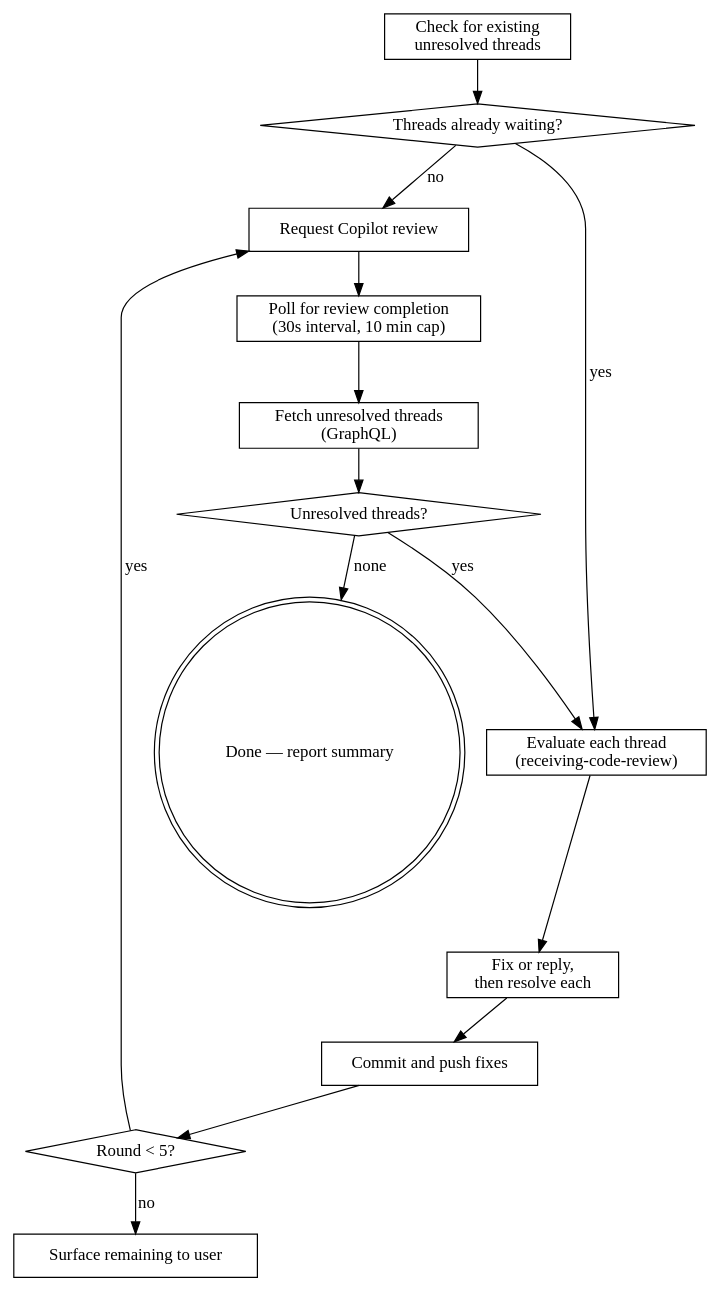
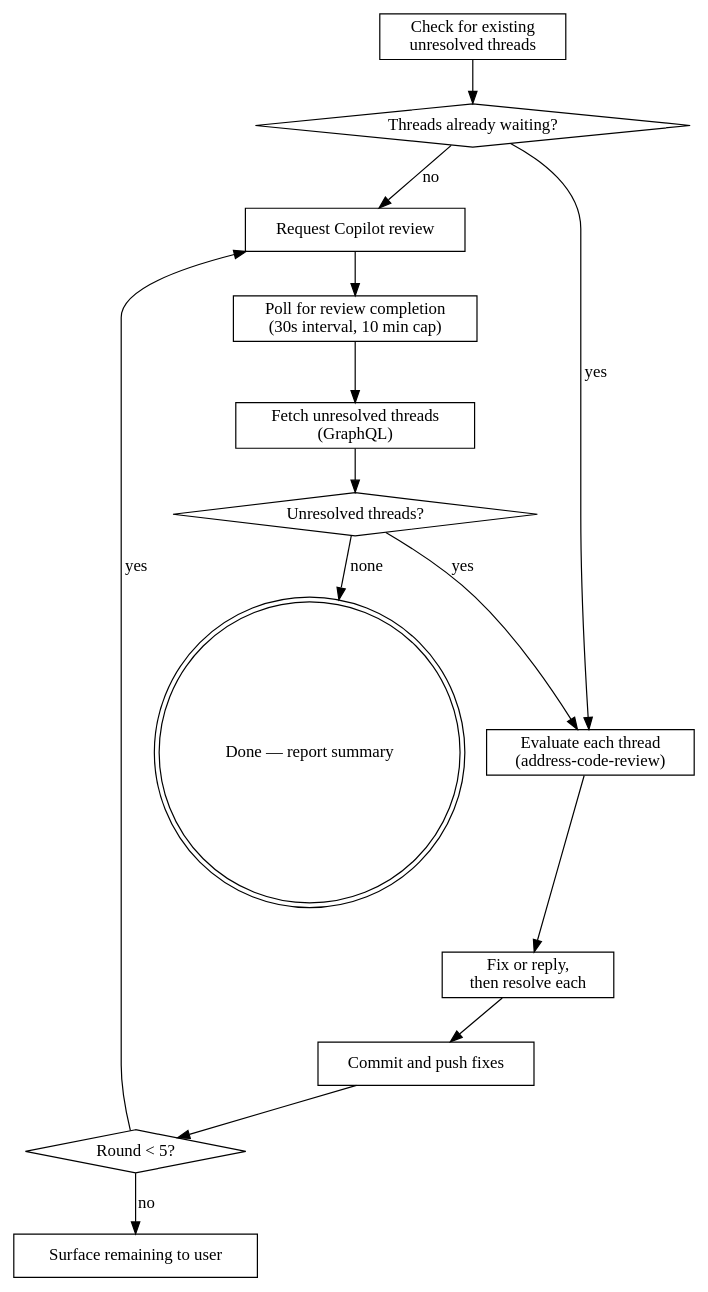
The diagram in .claude/skills/automating-copilot-reviews/SKILL.md (indexnetwork/index), drawn with Graphviz before and after one commit. The commit also changed other lines of this file and 58 other files, not shown here.

````diff
--- a/.claude/skills/automating-copilot-reviews/SKILL.md
+++ b/.claude/skills/automating-copilot-reviews/SKILL.md
@@ -14,30 +14,30 @@
 ```dot
 digraph copilot_loop {
     "Check for existing\nunresolved threads" [shape=box];
     "Threads already waiting?" [shape=diamond];
     "Request Copilot review" [shape=box];
     "Poll for review completion\n(30s interval, 10 min cap)" [shape=box];
     "Fetch unresolved threads\n(GraphQL)" [shape=box];
     "Unresolved threads?" [shape=diamond];
-    "Evaluate each thread\n(receiving-code-review)" [shape=box];
+    "Evaluate each thread\n(address-code-review)" [shape=box];
     "Fix or reply,\nthen resolve each" [shape=box];
     "Commit and push fixes" [shape=box];
     "Round < 5?" [shape=diamond];
     "Done — report summary" [shape=doublecircle];
     "Surface remaining to user" [shape=box];
 
     "Check for existing\nunresolved threads" -> "Threads already waiting?";
-    "Threads already waiting?" -> "Evaluate each thread\n(receiving-code-review)" [label="yes"];
+    "Threads already waiting?" -> "Evaluate each thread\n(address-code-review)" [label="yes"];
     "Threads already waiting?" -> "Request Copilot review" [label="no"];
     "Request Copilot review" -> "Poll for review completion\n(30s interval, 10 min cap)";
     "Poll for review completion\n(30s interval, 10 min cap)" -> "Fetch unresolved threads\n(GraphQL)";
     "Fetch unresolved threads\n(GraphQL)" -> "Unresolved threads?";
     "Unresolved threads?" -> "Done — report summary" [label="none"];
-    "Unresolved threads?" -> "Evaluate each thread\n(receiving-code-review)" [label="yes"];
-    "Evaluate each thread\n(receiving-code-review)" -> "Fix or reply,\nthen resolve each";
+    "Unresolved threads?" -> "Evaluate each thread\n(address-code-review)" [label="yes"];
+    "Evaluate each thread\n(address-code-review)" -> "Fix or reply,\nthen resolve each";
     "Fix or reply,\nthen resolve each" -> "Commit and push fixes";
     "Commit and push fixes" -> "Round < 5?";
     "Round < 5?" -> "Request Copilot review" [label="yes"];
     "Round < 5?" -> "Surface remaining to user" [label="no"];
 }
 ```
````
